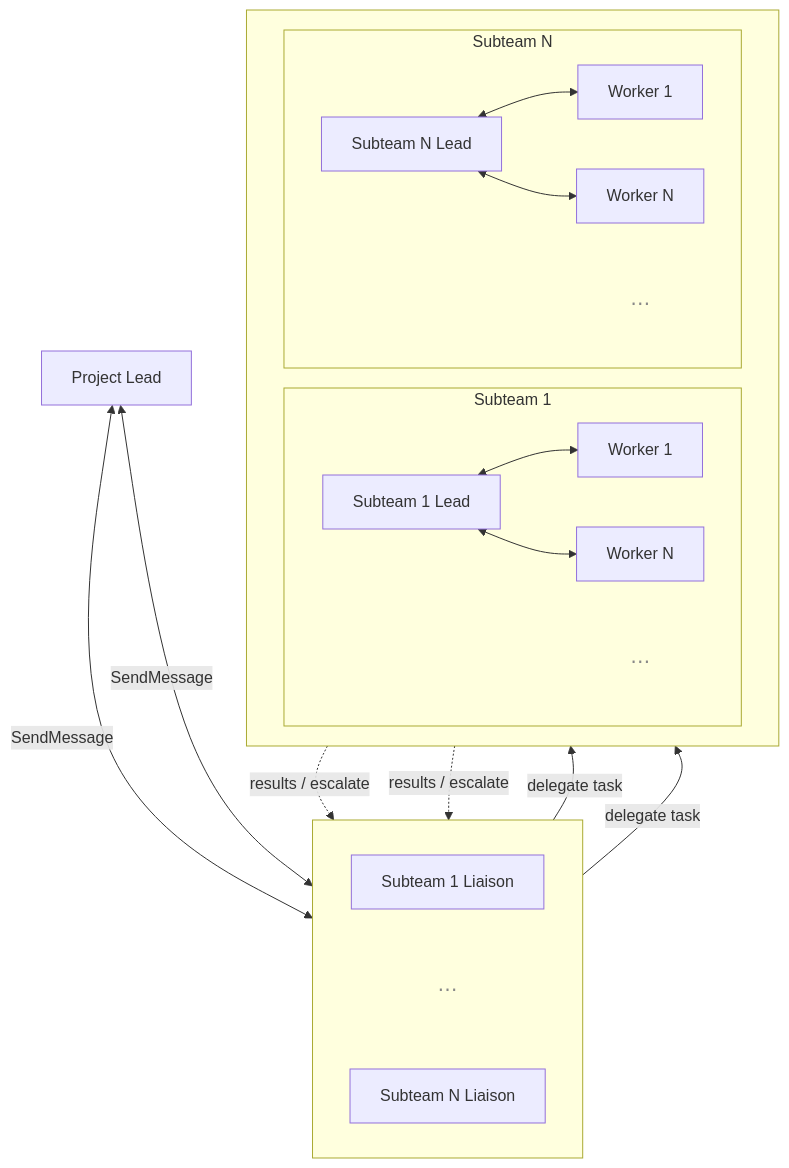
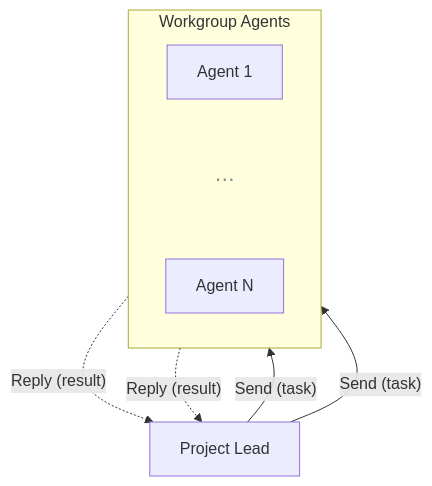
Before and after one commit to dlewissandy/teaparty: the fourth of 5 diagrams in docs/conceptual-design/cfa-state-machine.md, drawn with Mermaid. The commit also changed other lines of this file and 18 other files, not shown here.

````diff
--- a/docs/conceptual-design/cfa-state-machine.md
+++ b/docs/conceptual-design/cfa-state-machine.md
@@ -179,44 +179,20 @@
 ```mermaid
 flowchart TB
     lead["Project Lead"]
 
-    subgraph liaisons[" "]
+    subgraph agents["Workgroup Agents"]
         direction LR
-        l1["Subteam 1 Liaison"]
-        ldots["⋯"]:::nodots
-        ln["Subteam N Liaison"]
+
+        a1["Agent 1"]
+        adots["⋯"]:::nodots
+        an["Agent N"]
     end
 
-    lead <-->|SendMessage| l1
-    lead <-->|SendMessage| ln
+    lead -- "Send (task)" --> a1
+    a1 -. "Reply (result)" .-> lead
 
-    subgraph teams[" "]
-        direction LR
-
-        subgraph sub1["Subteam 1"]
-            s1_lead["Subteam 1 Lead"]
-            s1_w1["Worker 1"]
-            s1_wdots["⋯"]:::nodots
-            s1_wn["Worker N"]
-            s1_lead <--> s1_w1
-            s1_lead <--> s1_wn
-        end
-
-        subgraph subn["Subteam N"]
-            sn_lead["Subteam N Lead"]
-            sn_w1["Worker 1"]
-            sn_wdots["⋯"]:::nodots
-            sn_wn["Worker N"]
-            sn_lead <--> sn_w1
-            sn_lead <--> sn_wn
-        end
-    end
-
-    l1 -- "delegate task" --> s1_lead
-    s1_lead -. "results / escalate" .-> l1
-
-    ln -- "delegate task" --> sn_lead
-    sn_lead -. "results / escalate" .-> ln
+    lead -- "Send (task)" --> an
+    an -. "Reply (result)" .-> lead
 
     classDef nodots fill:none,stroke:none,color:#888,font-size:20px
 ```
````
